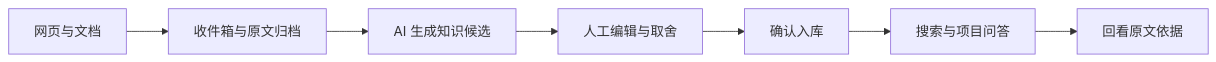
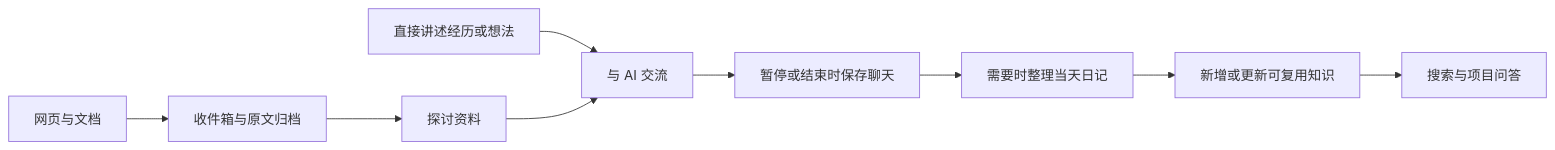
Before and after one commit to zhouao010809-code/best-partners: the diagram in README.md, drawn with Mermaid. The commit also changed other lines of this file and 53 other files, not shown here.

````diff
--- a/README.md
+++ b/README.md
@@ -42,9 +42,11 @@
 ```mermaid
 flowchart LR
   A[网页与文档] --> B[收件箱与原文归档]
-  B --> C[AI 生成知识候选]
-  C --> D[人工编辑与取舍]
-  D --> E[确认入库]
-  E --> F[搜索与项目问答]
-  F --> G[回看原文依据]
+  B --> C[探讨资料]
+  H[直接讲述经历或想法] --> I[与 AI 交流]
+  C --> I
+  I --> D[暂停或结束时保存聊天]
+  D --> E[需要时整理当天日记]
+  E --> F[新增或更新可复用知识]
+  F --> G[搜索与项目问答]
 ```
````
